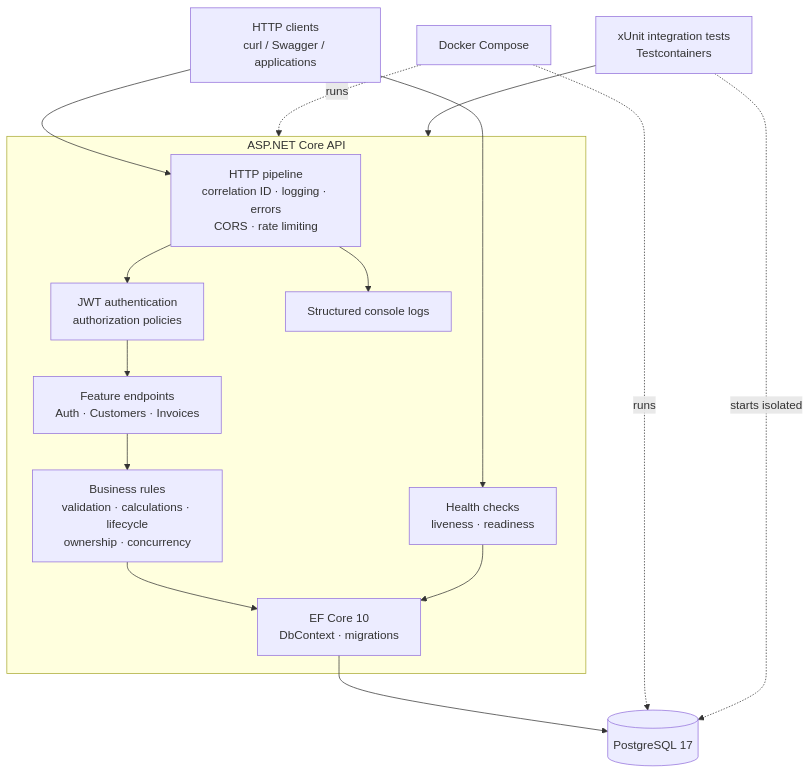
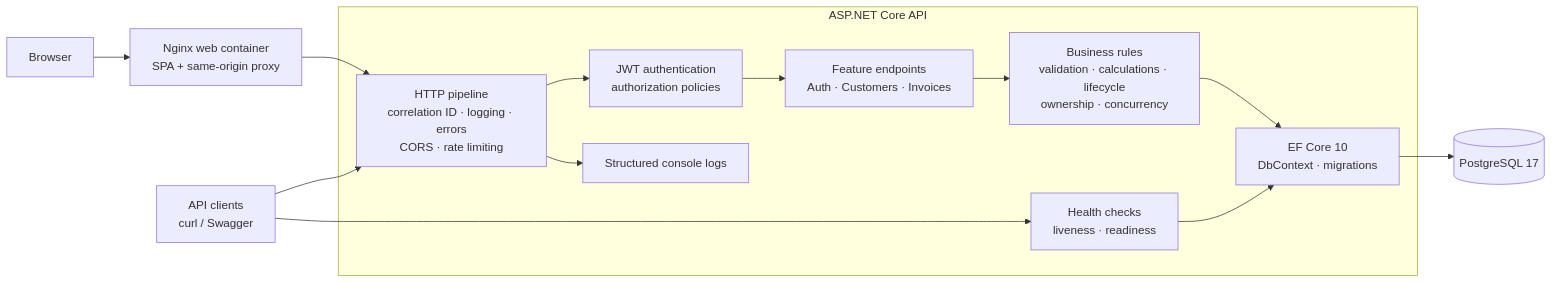
One commit to emrealtinbas/InvoiceFlow changed the diagram in README.md. Above: the diagram before and after it, drawn with Mermaid. The commit also changed other lines of this file and 186 other files, not shown here.

````diff
--- a/README.md
+++ b/README.md
@@ -48,30 +60,28 @@
 ```mermaid
-flowchart TB
-    Client[HTTP clients<br/>curl / Swagger / applications]
-    Compose[Docker Compose]
-    Tests[xUnit integration tests<br/>Testcontainers]
+flowchart LR
+    Browser[Browser]
+    Nginx[Nginx web container<br/>SPA + same-origin proxy]
+    Client[API clients<br/>curl / Swagger]
 
     subgraph API[ASP.NET Core API]
         Middleware[HTTP pipeline<br/>correlation ID · logging · errors<br/>CORS · rate limiting]
         Auth[JWT authentication<br/>authorization policies]
         Endpoints[Feature endpoints<br/>Auth · Customers · Invoices]
         Rules[Business rules<br/>validation · calculations · lifecycle<br/>ownership · concurrency]
         Health[Health checks<br/>liveness · readiness]
         EF[EF Core 10<br/>DbContext · migrations]
         Logs[Structured console logs]
 
         Middleware --> Auth --> Endpoints --> Rules --> EF
         Middleware --> Logs
         Health --> EF
     end
 
     DB[(PostgreSQL 17)]
 
+    Browser --> Nginx
+    Nginx --> Middleware
     Client --> Middleware
     Client --> Health
     EF --> DB
-    Compose -. runs .-> API
-    Compose -. runs .-> DB
-    Tests -. starts isolated .-> DB
-    Tests --> API
 ```
````
